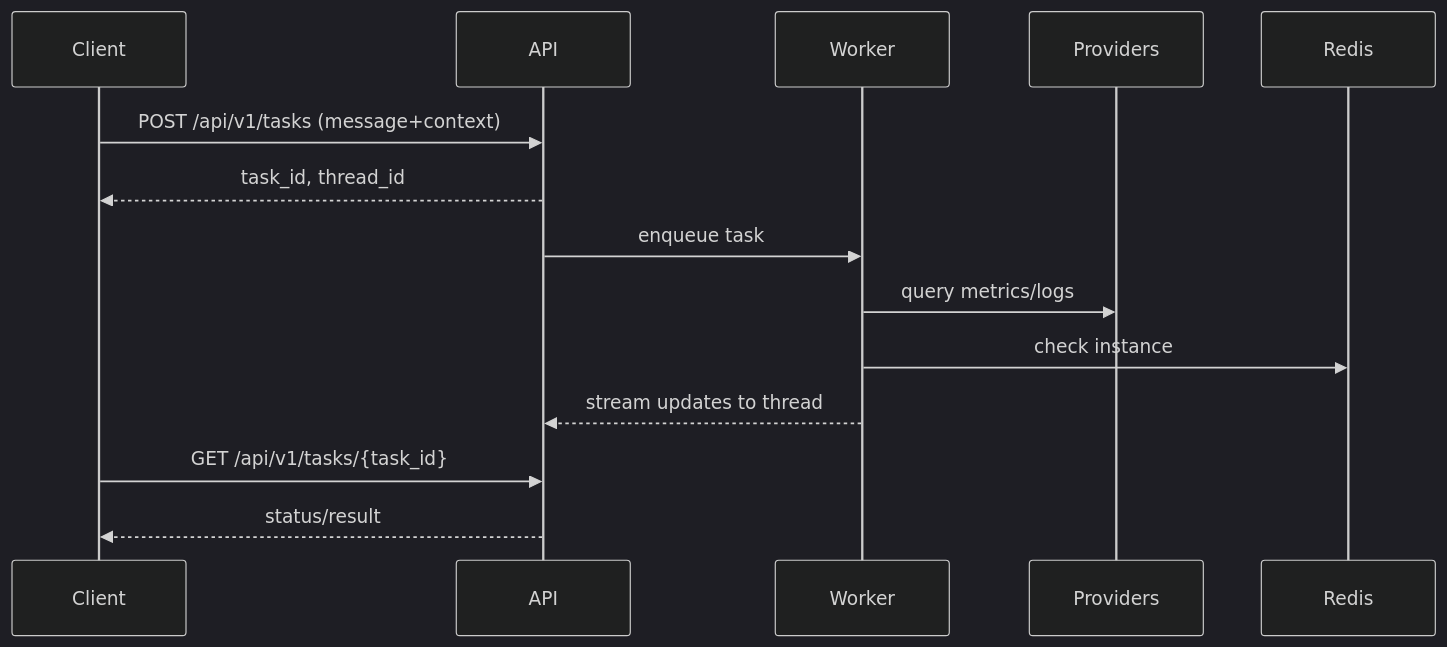
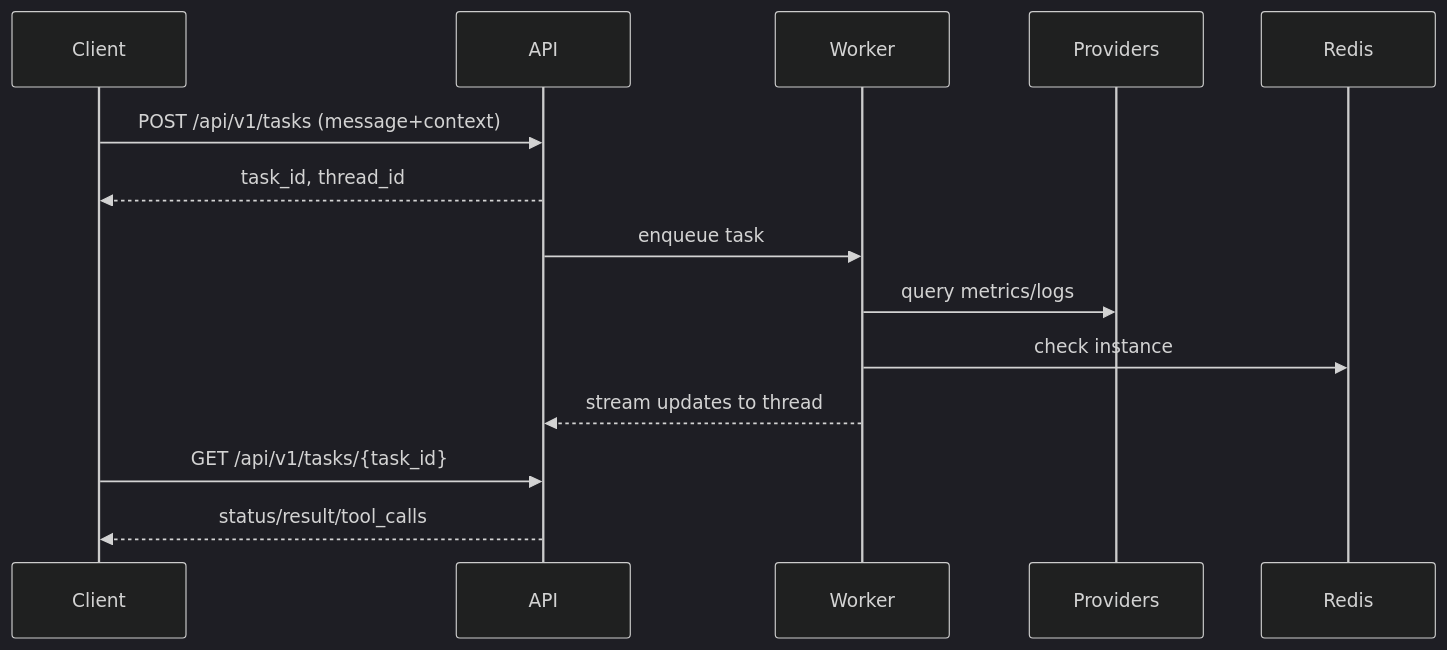
Before and after one commit to redis-applied-ai/redis-sre-agent: the fourth of 4 diagrams in docs/concepts/core.md, drawn with Mermaid (dark theme). The commit also changed other lines of this file and 14 other files, not shown here.

Commit message:
Expose task tool calls for citations

````diff
--- a/docs/concepts/core.md
+++ b/docs/concepts/core.md
@@ -223,15 +223,15 @@
 ```mermaid
 sequenceDiagram
   participant Client
   participant API
   participant Worker
 
   Client->>API: POST /api/v1/tasks (message+context)
   API-->>Client: task_id, thread_id
   API->>Worker: enqueue task
   Worker->>Providers: query metrics/logs
   Worker->>Redis: check instance
   Worker-->>API: stream updates to thread
   Client->>API: GET /api/v1/tasks/{task_id}
-  API-->>Client: status/result
+  API-->>Client: status/result/tool_calls
 ```
````
